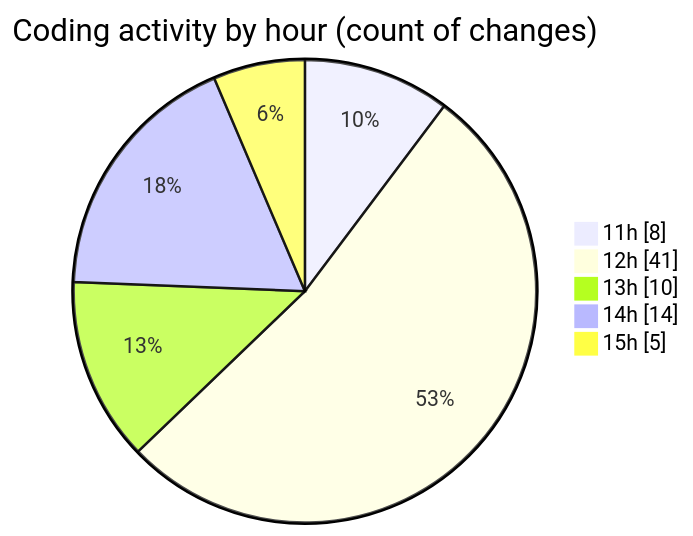
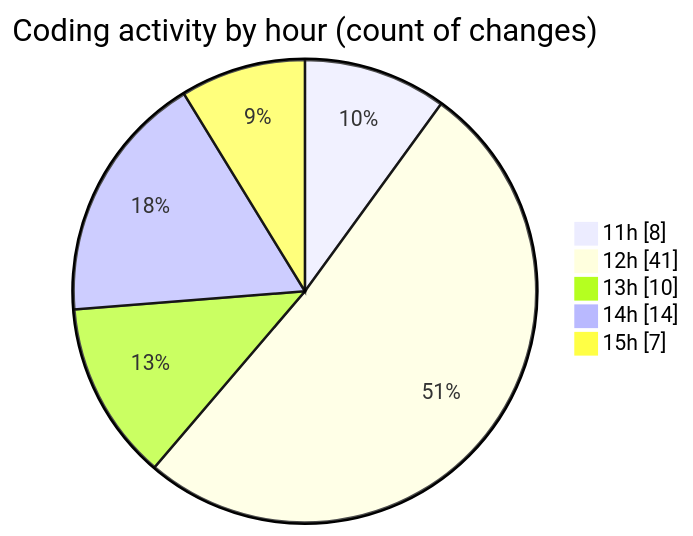
The second of 2 diagrams in 2025-05-04/project/README.md (BS-eng2023/code-tracking), drawn with Mermaid before and after one commit. The commit also changed other lines of this file and 1 other file, not shown here.

````diff
--- a/2025-05-04/project/README.md
+++ b/2025-05-04/project/README.md
@@ -50,9 +50,9 @@
 ```mermaid
 pie showData
 title Coding activity by hour (count of changes)
 "11h" : 8
 "12h" : 41
 "13h" : 10
 "14h" : 14
-"15h" : 5
+"15h" : 7
 ```
````
